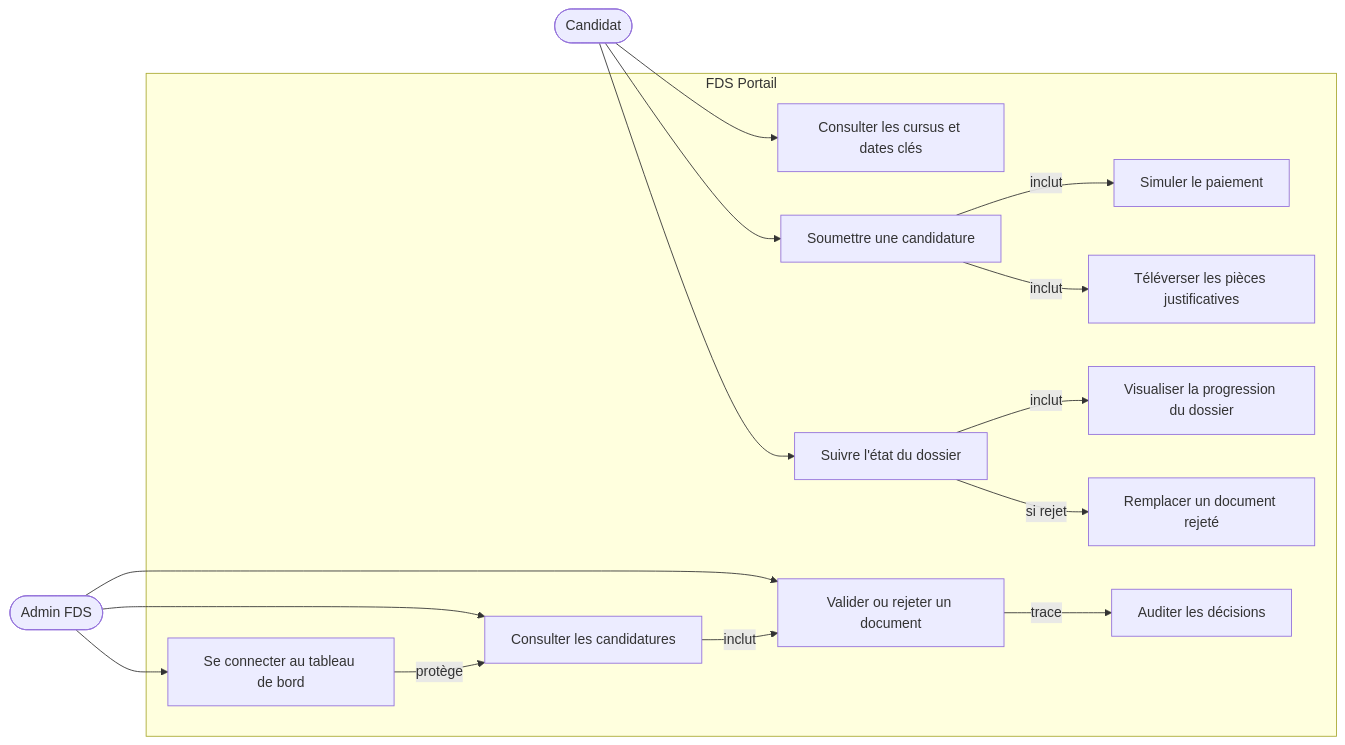
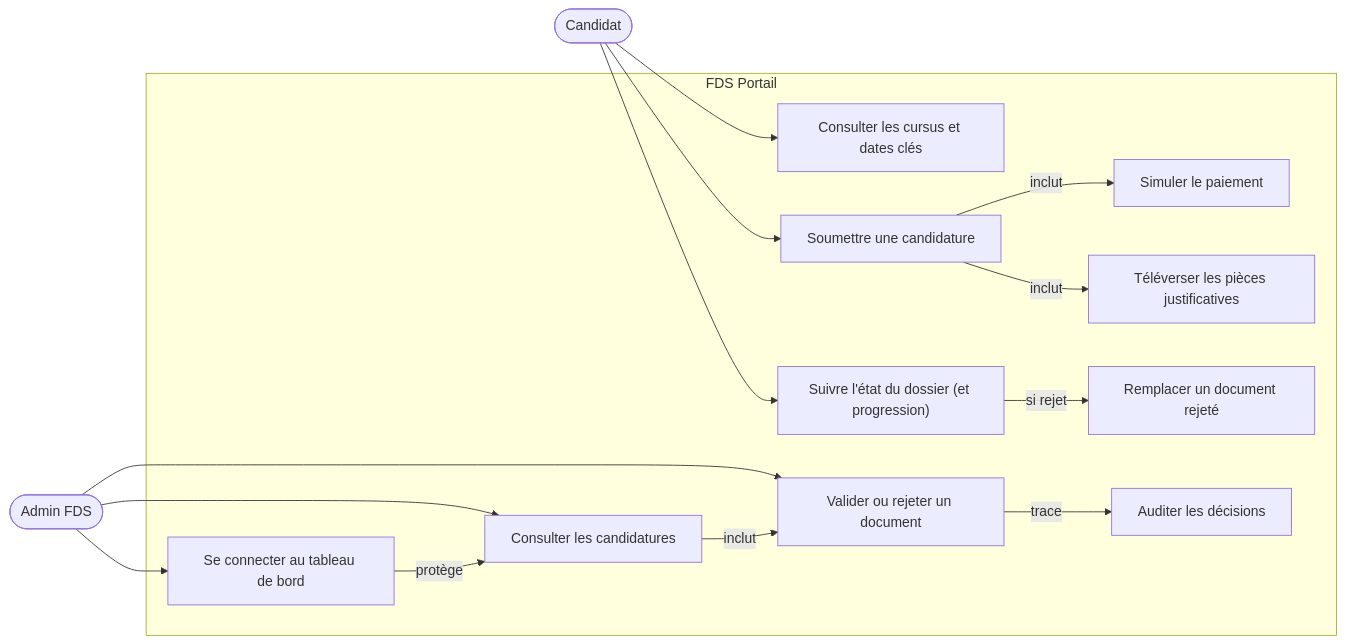
Before and after one commit to Paro-fds/fds-portail: the first of 5 diagrams in cahier_des_charges.md, drawn with Mermaid.

Commit message:
docs: fusion de UC5 et UC6 dans le diagramme des cas d'utilisation pour éviter la redondance

````diff
--- a/cahier_des_charges.md
+++ b/cahier_des_charges.md
@@ -160,37 +160,35 @@
 ```mermaid
 flowchart LR
     Candidat(["Candidat"])
     Admin(["Admin FDS"])
 
     subgraph Portail["FDS Portail"]
         UC1["Consulter les cursus et dates clés"]
         UC2["Soumettre une candidature"]
         UC3["Simuler le paiement"]
         UC4["Téléverser les pièces justificatives"]
-        UC5["Suivre l'état du dossier"]
-        UC6["Visualiser la progression du dossier"]
-        UC7["Remplacer un document rejeté"]
+        UC5["Suivre l'état du dossier (et progression)"]
+        UC6["Remplacer un document rejeté"]
 
-        UC8["Se connecter au tableau de bord"]
-        UC9["Consulter les candidatures"]
-        UC10["Valider ou rejeter un document"]
-        UC11["Auditer les décisions"]
+        UC7["Se connecter au tableau de bord"]
+        UC8["Consulter les candidatures"]
+        UC9["Valider ou rejeter un document"]
+        UC10["Auditer les décisions"]
     end
 
     Candidat --> UC1
     Candidat --> UC2
     Candidat --> UC5
 
     UC2 -->|inclut| UC3
     UC2 -->|inclut| UC4
-    UC5 -->|inclut| UC6
-    UC5 -->|si rejet| UC7
+    UC5 -->|si rejet| UC6
 
+    Admin --> UC7
     Admin --> UC8
     Admin --> UC9
-    Admin --> UC10
 
-    UC8 -->|protège| UC9
-    UC9 -->|inclut| UC10
-    UC10 -->|trace| UC11
+    UC7 -->|protège| UC8
+    UC8 -->|inclut| UC9
+    UC9 -->|trace| UC10
 ```
````
